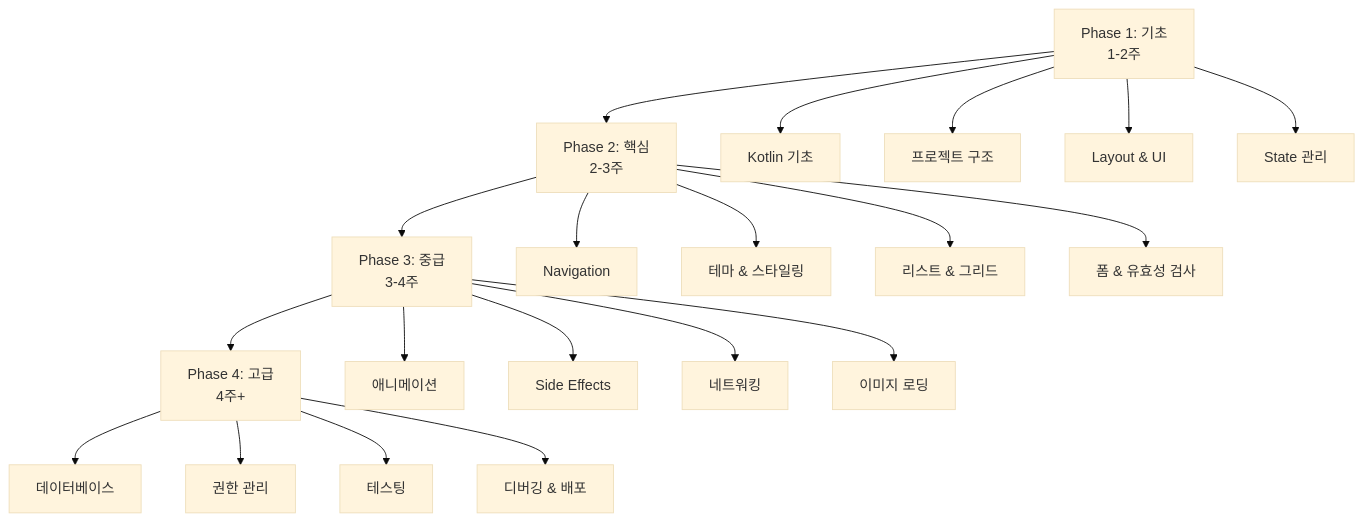
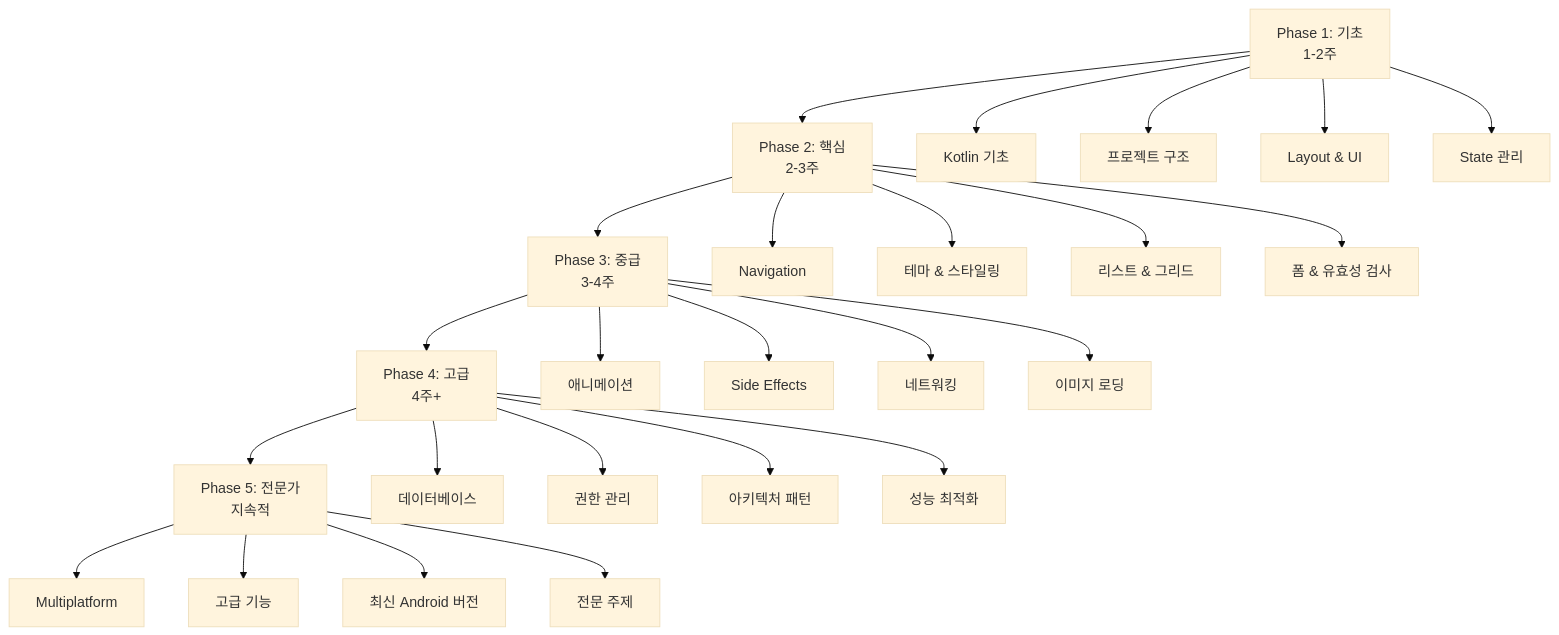
The diagram in docs/00-learning-roadmap.md (space-cap/android-hello-world), drawn with Mermaid (base theme) before and after one commit. The commit also changed other lines of this file, not shown here.

````diff
--- a/docs/00-learning-roadmap.md
+++ b/docs/00-learning-roadmap.md
@@ -254,26 +94,32 @@
 ```mermaid
 graph TD
     A[Phase 1: 기초<br/>1-2주] --> B[Phase 2: 핵심<br/>2-3주]
     B --> C[Phase 3: 중급<br/>3-4주]
     C --> D[Phase 4: 고급<br/>4주+]
+    D --> E[Phase 5: 전문가<br/>지속적]
     
     A --> A1[Kotlin 기초]
     A --> A2[프로젝트 구조]
     A --> A3[Layout & UI]
     A --> A4[State 관리]
     
     B --> B1[Navigation]
     B --> B2[테마 & 스타일링]
     B --> B3[리스트 & 그리드]
     B --> B4[폼 & 유효성 검사]
     
     C --> C1[애니메이션]
     C --> C2[Side Effects]
     C --> C3[네트워킹]
     C --> C4[이미지 로딩]
     
     D --> D1[데이터베이스]
     D --> D2[권한 관리]
-    D --> D3[테스팅]
-    D --> D4[디버깅 & 배포]
+    D --> D3[아키텍처 패턴]
+    D --> D4[성능 최적화]
+    
+    E --> E1[Multiplatform]
+    E --> E2[고급 기능]
+    E --> E3[최신 Android 버전]
+    E --> E4[전문 주제]
 ```
````
